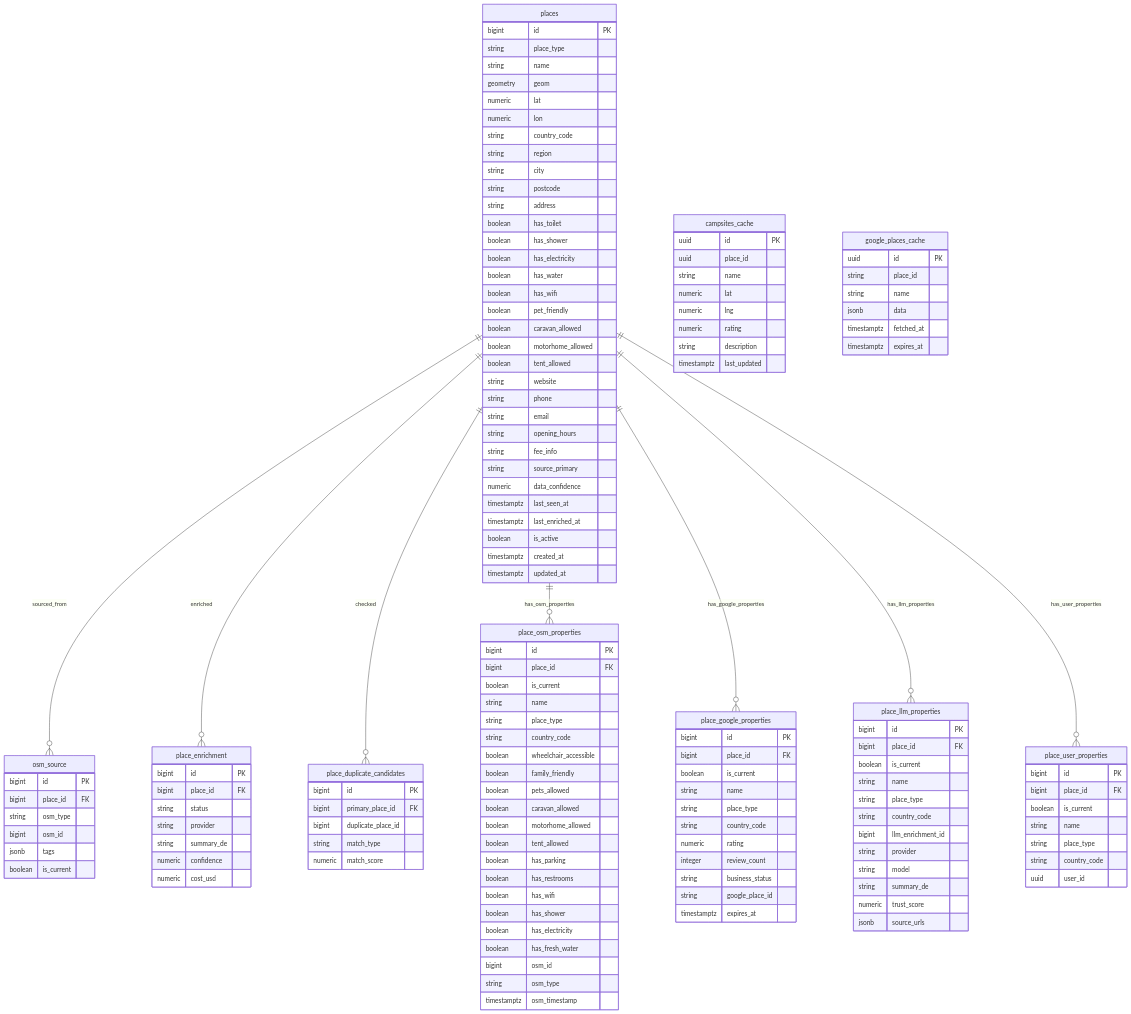
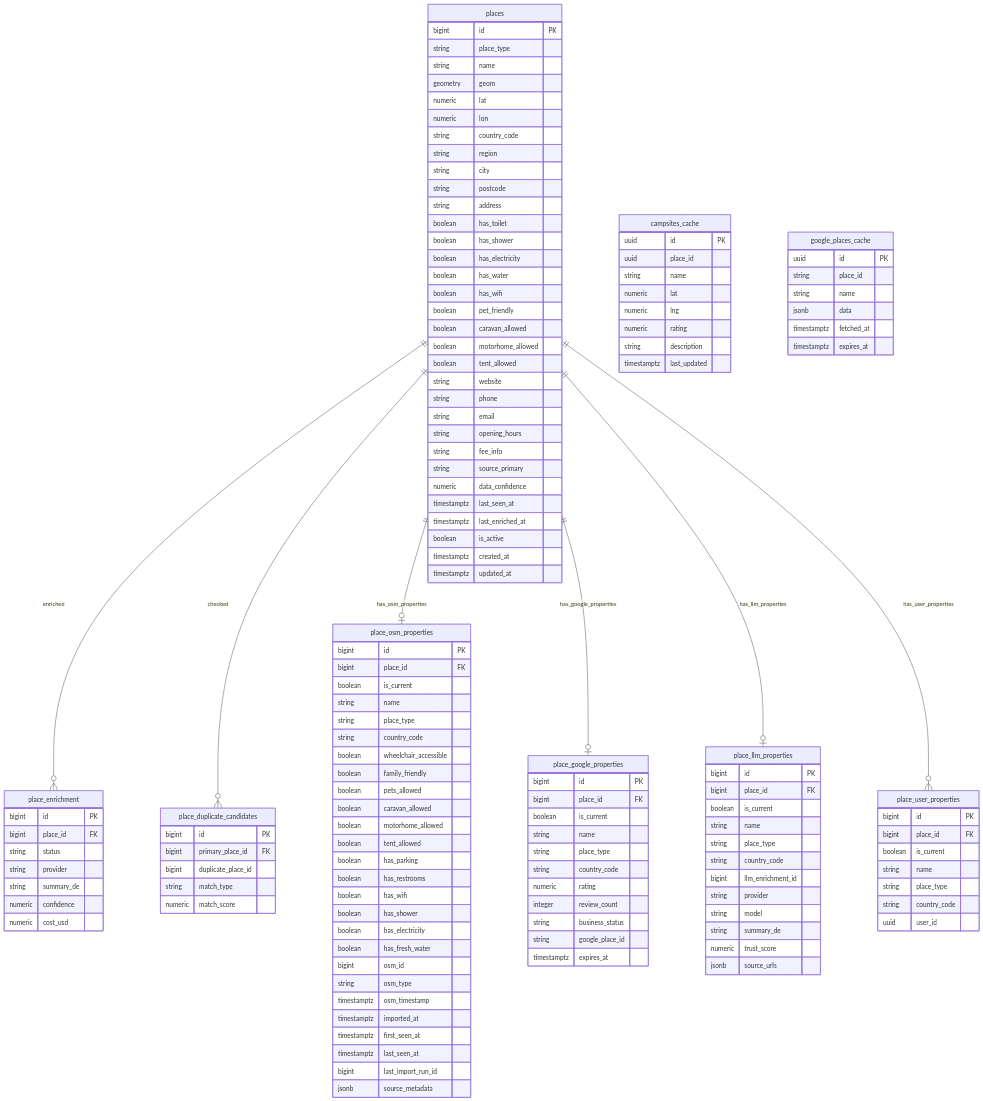
One commit to it-guy92/camperplaner-schema changed the third of 6 diagrams in docs/er-diagram.md. Above: the diagram before and after it, drawn with Mermaid. The commit also changed other lines of this file and 3 other files, not shown here.

````diff
--- a/docs/er-diagram.md
+++ b/docs/er-diagram.md
@@ -1093,6 +997,11 @@
         bigint osm_id
         string osm_type
         timestamptz osm_timestamp
+        timestamptz imported_at
+        timestamptz first_seen_at
+        timestamptz last_seen_at
+        bigint last_import_run_id
+        jsonb source_metadata
     }
     
     place_google_properties {
@@ -1134,15 +1043,6 @@
         uuid user_id
     }
     
-    osm_source {
-        bigint id PK
-        bigint place_id FK
-        string osm_type
-        bigint osm_id
-        jsonb tags
-        boolean is_current
-    }
-    
     campsites_cache {
         uuid id PK
         uuid place_id
@@ -1181,11 +1081,10 @@
         timestamptz expires_at
     }
     
-    places ||--o{ osm_source : "sourced_from"
     places ||--o{ place_enrichment : "enriched"
     places ||--o{ place_duplicate_candidates : "checked"
-    places ||--o{ place_osm_properties : "has_osm_properties"
-    places ||--o{ place_google_properties : "has_google_properties"
-    places ||--o{ place_llm_properties : "has_llm_properties"
+    places ||--o| place_osm_properties : "has_osm_properties"
+    places ||--o| place_google_properties : "has_google_properties"
+    places ||--o| place_llm_properties : "has_llm_properties"
     places ||--o{ place_user_properties : "has_user_properties"
 ```
````
